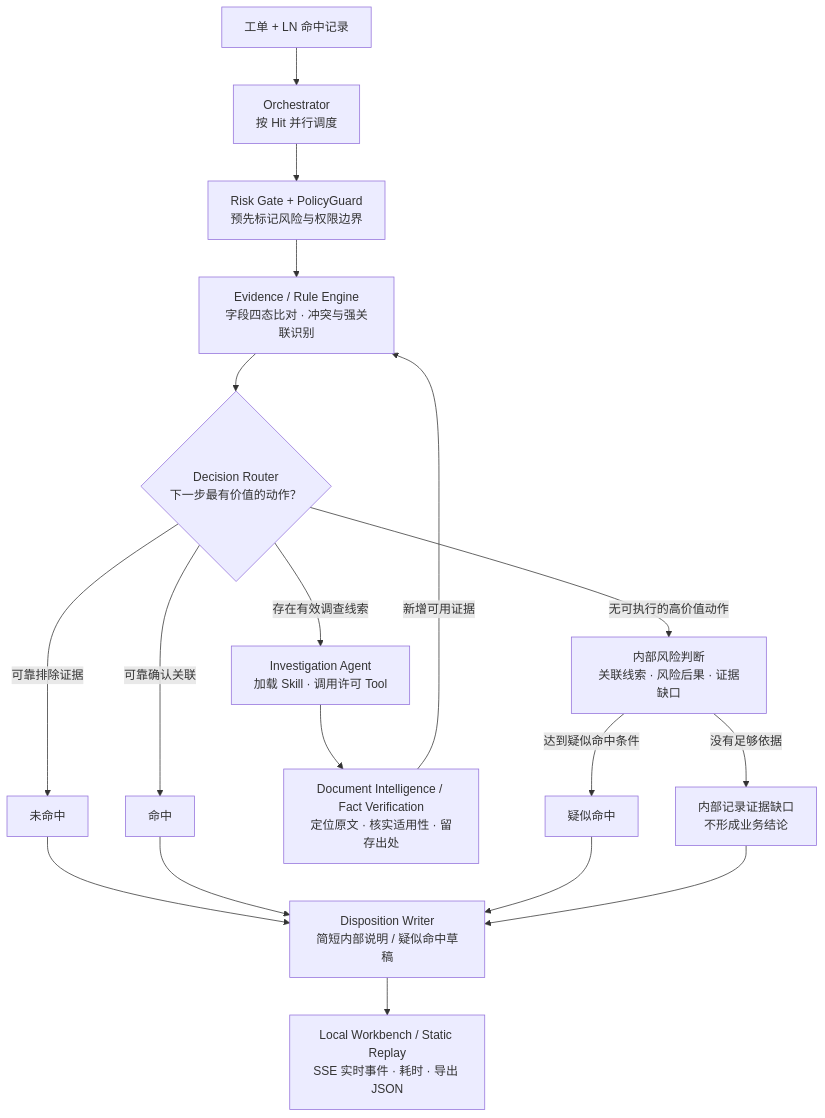
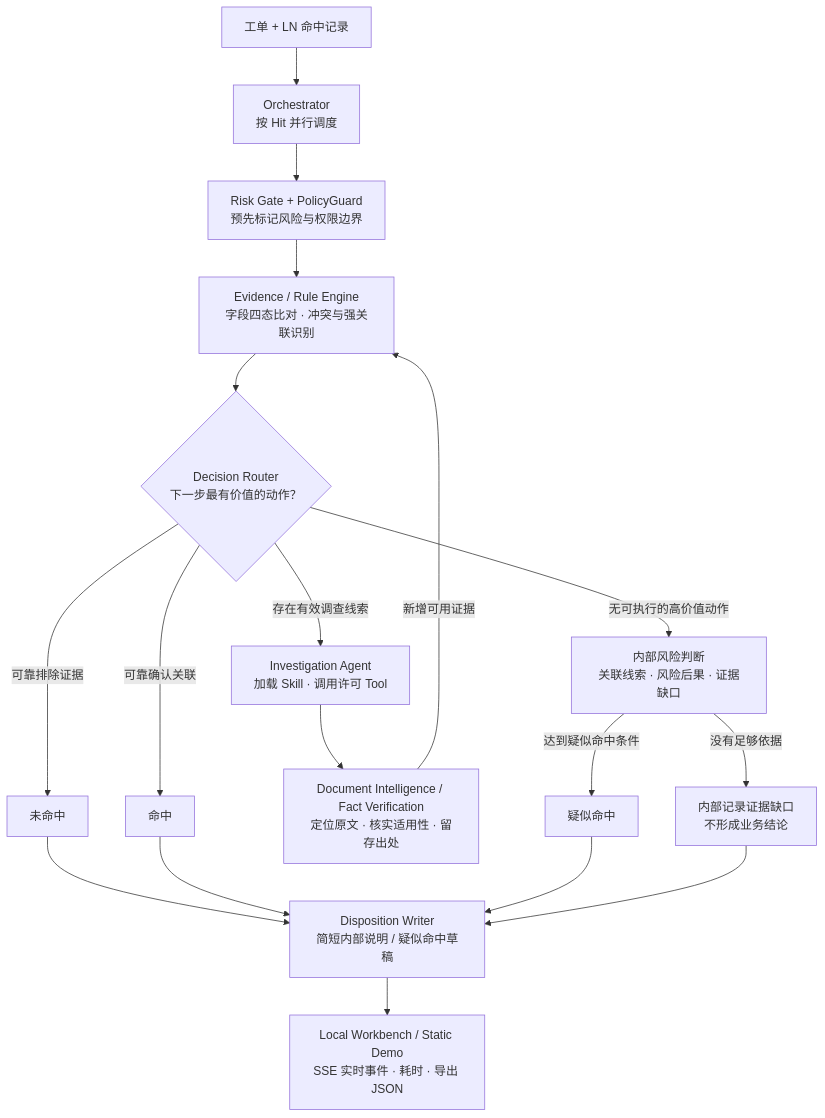
Before and after one commit to Lkjhgfdsa-mnbvcxz/ln-screening-agent: the diagram in README.md, drawn with Mermaid. The commit also changed other lines of this file and 18 other files, not shown here.

Commit message:
v0.9.4: checklist-level public demo workbench, QCC-shaped profiles, per-hit reason fixes

````diff
--- a/README.md
+++ b/README.md
@@ -40,22 +57,22 @@
 ```mermaid
 flowchart TD
     Input["工单 + LN 命中记录"] --> O["Orchestrator<br/>按 Hit 并行调度"]
     O --> G["Risk Gate + PolicyGuard<br/>预先标记风险与权限边界"]
     G --> E["Evidence / Rule Engine<br/>字段四态比对 · 冲突与强关联识别"]
     E --> R{"Decision Router<br/>下一步最有价值的动作？"}
 
     R -->|"可靠排除证据"| X["未命中"]
     R -->|"可靠确认关联"| L["命中"]
     R -->|"存在有效调查线索"| B["Investigation Agent<br/>加载 Skill · 调用许可 Tool"]
     B --> V["Document Intelligence / Fact Verification<br/>定位原文 · 核实适用性 · 留存出处"]
     V -->|"新增可用证据"| E
     R -->|"无可执行的高价值动作"| S["内部风险判断<br/>关联线索 · 风险后果 · 证据缺口"]
     S -->|"达到疑似命中条件"| Y["疑似命中"]
     S -->|"没有足够依据"| N["内部记录证据缺口<br/>不形成业务结论"]
 
     X --> W["Disposition Writer<br/>简短内部说明 / 疑似命中草稿"]
     L --> W
     Y --> W
     N --> W
-    W --> UI["Local Workbench / Static Replay<br/>SSE 实时事件 · 耗时 · 导出 JSON"]
+    W --> UI["Local Workbench / Static Demo<br/>SSE 实时事件 · 耗时 · 导出 JSON"]
 ```
````
